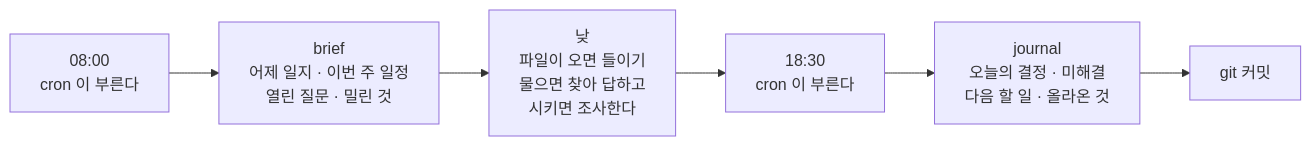
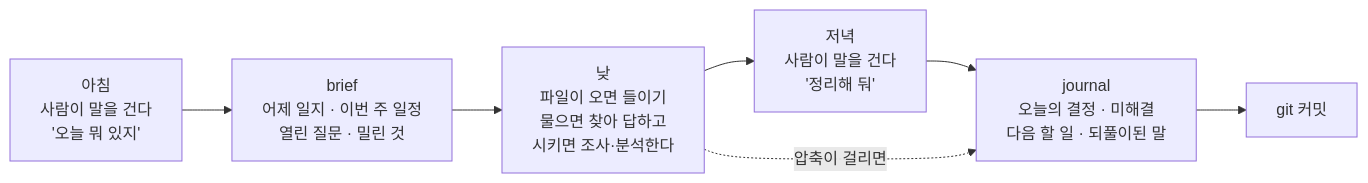
Diagram 13 of 14 in README.md (bjw202/prodev), drawn with Mermaid before and after one commit. The commit also changed other lines of this file and 3 other files, not shown here.

````diff
--- a/README.md
+++ b/README.md
@@ -544,8 +777,9 @@
 ```mermaid
 flowchart LR
-    T1["08:00<br/>cron 이 부른다"] --> T2["brief<br/>어제 일지 · 이번 주 일정<br/>열린 질문 · 밀린 것"]
-    T2 --> T3["낮<br/>파일이 오면 들이기<br/>물으면 찾아 답하고<br/>시키면 조사한다"]
-    T3 --> T4["18:30<br/>cron 이 부른다"]
-    T4 --> T5["journal<br/>오늘의 결정 · 미해결<br/>다음 할 일 · 올라온 것"]
+    T1["아침<br/>사람이 말을 건다<br/>'오늘 뭐 있지'"] --> T2["brief<br/>어제 일지 · 이번 주 일정<br/>열린 질문 · 밀린 것"]
+    T2 --> T3["낮<br/>파일이 오면 들이기<br/>물으면 찾아 답하고<br/>시키면 조사·분석한다"]
+    T3 --> T4["저녁<br/>사람이 말을 건다<br/>'정리해 둬'"]
+    T4 --> T5["journal<br/>오늘의 결정 · 미해결<br/>다음 할 일 · 되풀이된 말"]
     T5 --> T6["git 커밋"]
+    T3 -.->|"압축이 걸리면"| T5
 ```
````
